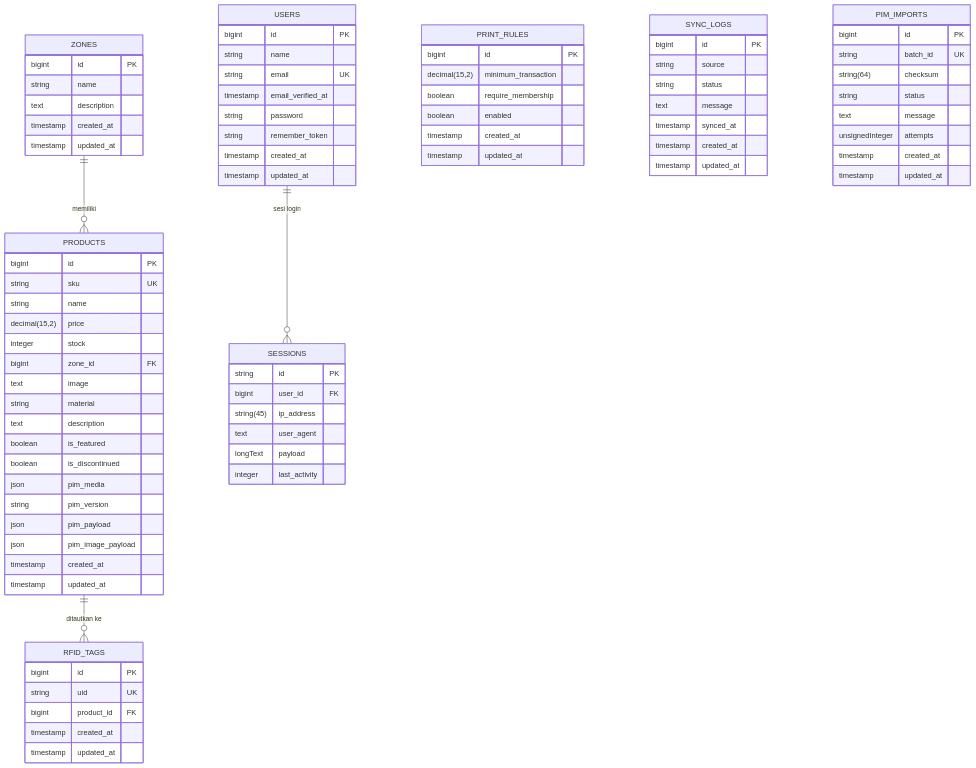
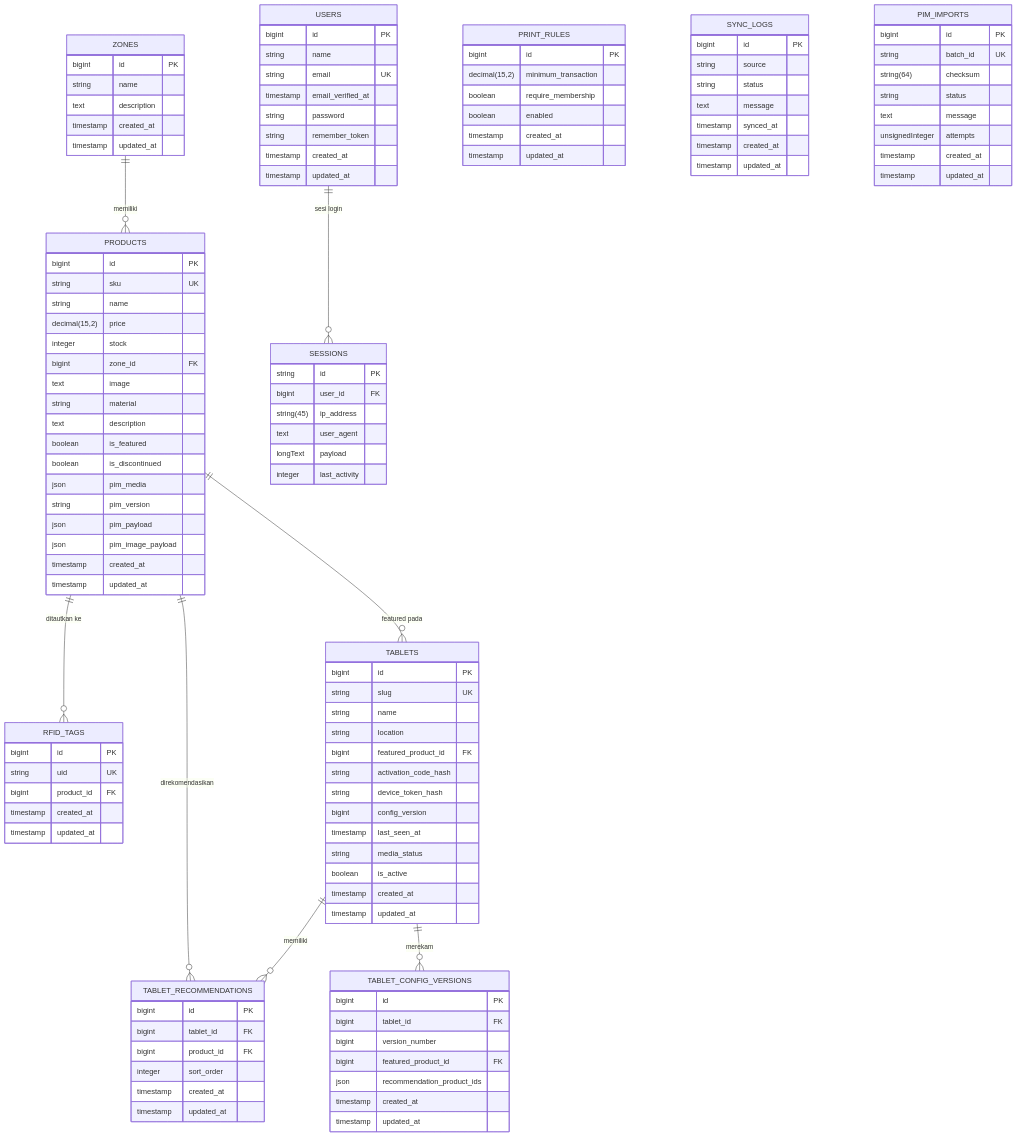
The diagram in DATABASE.md (victorygrey/backend-eiger), drawn with Mermaid before and after one commit. The commit also changed other lines of this file and 21 other files, not shown here.

````diff
--- a/DATABASE.md
+++ b/DATABASE.md
@@ -9,6 +9,10 @@
 erDiagram
     ZONES ||--o{ PRODUCTS : "memiliki"
     PRODUCTS ||--o{ RFID_TAGS : "ditautkan ke"
+    PRODUCTS ||--o{ TABLETS : "featured pada"
+    TABLETS ||--o{ TABLET_RECOMMENDATIONS : "memiliki"
+    TABLETS ||--o{ TABLET_CONFIG_VERSIONS : "merekam"
+    PRODUCTS ||--o{ TABLET_RECOMMENDATIONS : "direkomendasikan"
     USERS ||--o{ SESSIONS : "sesi login"
     PRODUCTS {
         bigint id PK
@@ -88,4 +92,36 @@
         longText payload
         integer last_activity
     }
+    TABLETS {
+        bigint id PK
+        string slug UK
+        string name
+        string location
+        bigint featured_product_id FK
+        string activation_code_hash
+        string device_token_hash
+        bigint config_version
+        timestamp last_seen_at
+        string media_status
+        boolean is_active
+        timestamp created_at
+        timestamp updated_at
+    }
+    TABLET_RECOMMENDATIONS {
+        bigint id PK
+        bigint tablet_id FK
+        bigint product_id FK
+        integer sort_order
+        timestamp created_at
+        timestamp updated_at
+    }
+    TABLET_CONFIG_VERSIONS {
+        bigint id PK
+        bigint tablet_id FK
+        bigint version_number
+        bigint featured_product_id FK
+        json recommendation_product_ids
+        timestamp created_at
+        timestamp updated_at
+    }
 ```
````
